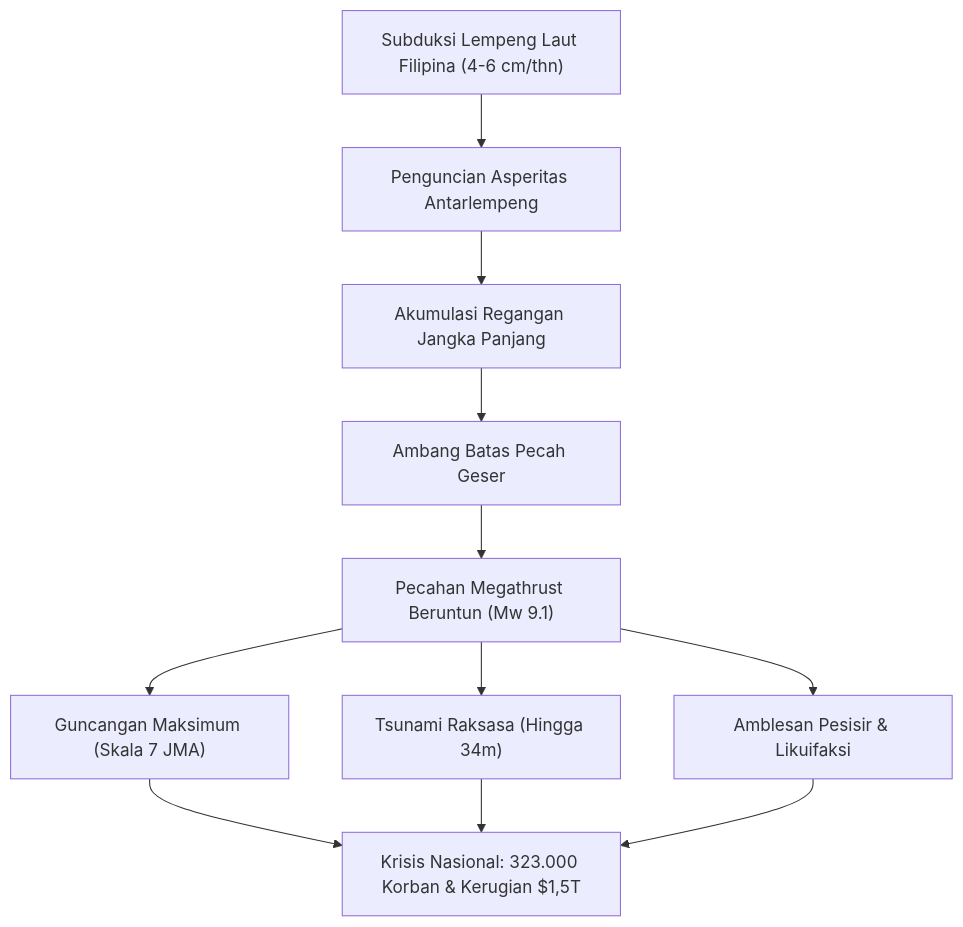
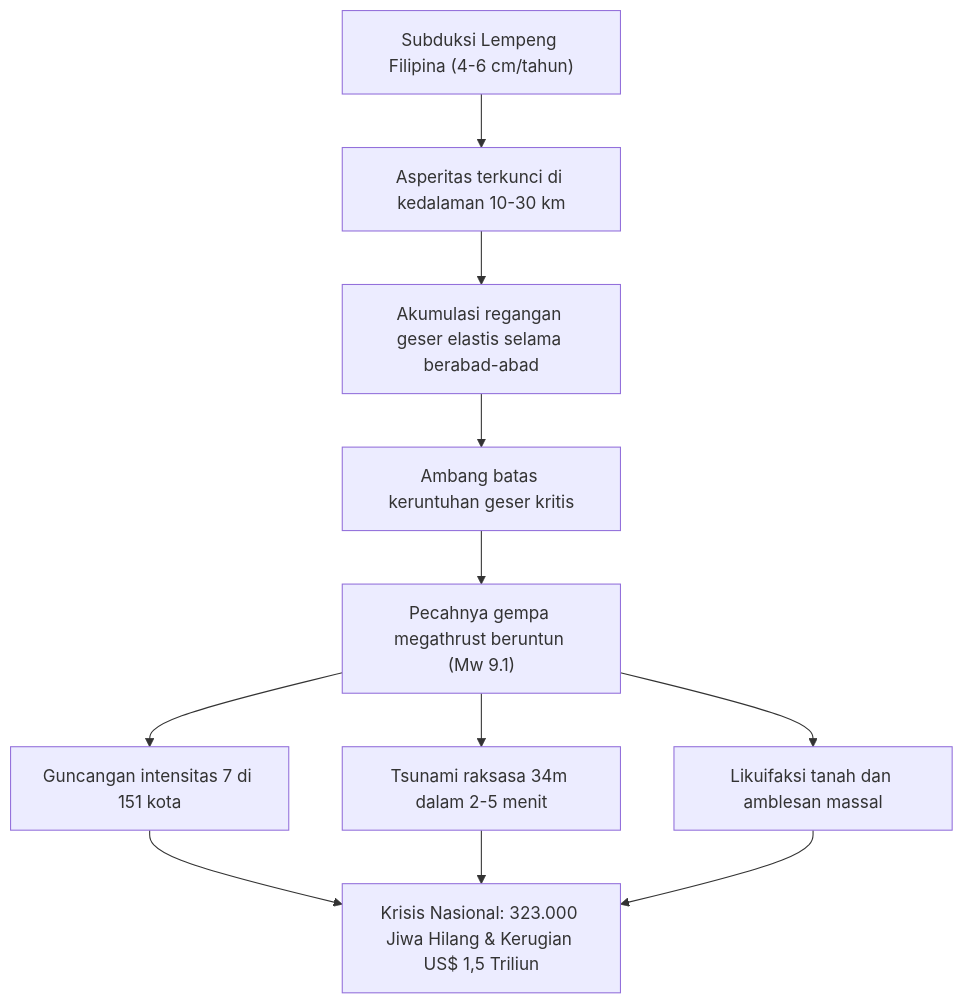
Before and after one commit to kenjinote/blog: the diagram in content/post/nankai-trough-megathrust-earthquake-scientific-guide-disaster-prevention/index.id.md, drawn with Mermaid. The commit also changed other lines of this file and 12 other files, not shown here.

````diff
--- a/content/post/nankai-trough-megathrust-earthquake-scientific-guide-disaster-prevention/index.id.md
+++ b/content/post/nankai-trough-megathrust-earthquake-scientific-guide-disaster-prevention/index.id.md
@@ -17,13 +27,11 @@
 ```mermaid
 flowchart TD
-    P1["Subduksi Lempeng Laut Filipina (4-6 cm/thn)"] --> P2["Penguncian Asperitas Antarlempeng"]
-    P2 --> P3["Akumulasi Regangan Jangka Panjang"]
-    P3 --> P4["Ambang Batas Pecah Geser"]
-    P4 --> P5["Pecahan Megathrust Beruntun (Mw 9.1)"]
-    P5 --> E1["Guncangan Maksimum (Skala 7 JMA)"]
-    P5 --> E2["Tsunami Raksasa (Hingga 34m)"]
-    P5 --> E3["Amblesan Pesisir & Likuifaksi"]
-    E1 --> TOTAL["Krisis Nasional: 323.000 Korban & Kerugian $1,5T"]
-    E2 --> TOTAL
-    E3 --> TOTAL
+    P1["Subduksi Lempeng Filipina (4-6 cm/tahun)"] --> P2["Asperitas terkunci di kedalaman 10-30 km"]
+    P2 --> P3["Akumulasi regangan geser elastis selama berabad-abad"]
+    P3 --> P4["Ambang batas keruntuhan geser kritis"]
+    P4 --> P5["Pecahnya gempa megathrust beruntun (Mw 9.1)"]
+    P5 --> E1["Guncangan intensitas 7 di 151 kota"]
+    P5 --> E2["Tsunami raksasa 34m dalam 2-5 menit"]
+    P5 --> E3["Likuifaksi tanah dan amblesan massal"]
+    E1 & E2 & E3 --> TOTAL["Krisis Nasional: 323.000 Jiwa Hilang & Kerugian US$ 1,5 Triliun"]
 ```
````
